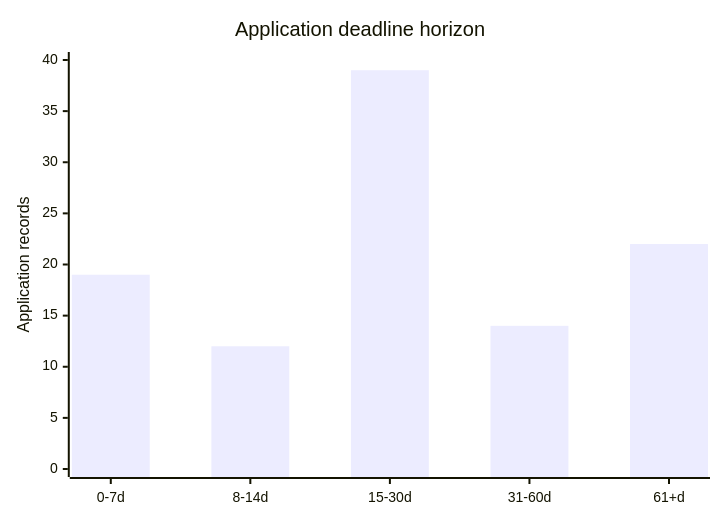
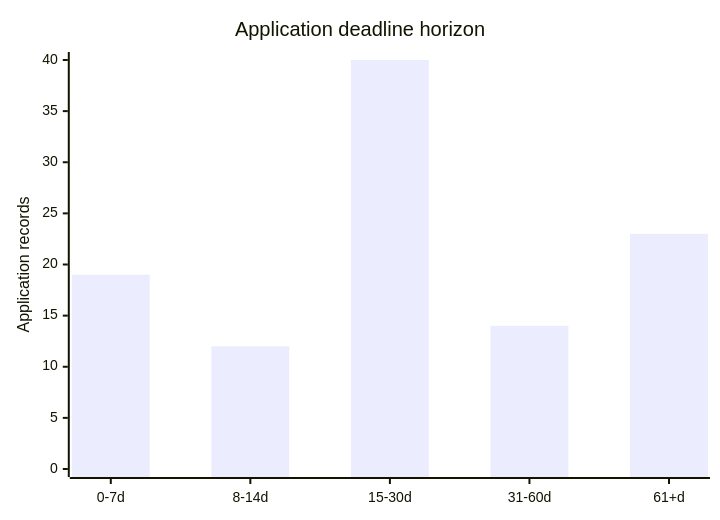
Before and after one commit to Armanasq/phd_tracker: the diagram in docs/diagrams/deadline_xy.mmd, drawn with Mermaid. The commit also changed 28 other files, not shown here.

```diff
--- a/docs/diagrams/deadline_xy.mmd
+++ b/docs/diagrams/deadline_xy.mmd
@@ -1,5 +1,5 @@
 xychart-beta
     title "Application deadline horizon"
     x-axis ["0-7d", "8-14d", "15-30d", "31-60d", "61+d"]
     y-axis "Application records" 0 --> 40
-    bar [19, 12, 39, 14, 22]
+    bar [19, 12, 40, 14, 23]
```
